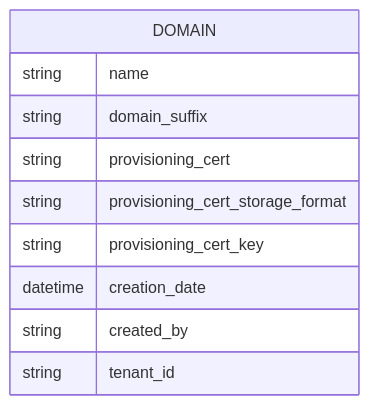
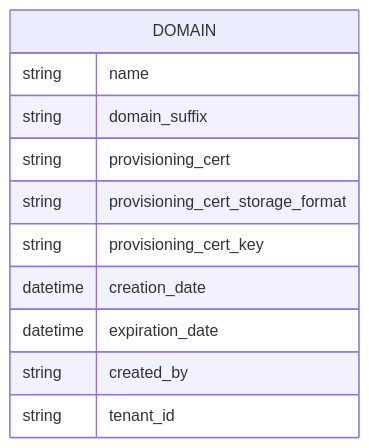
The second of 3 diagrams in docs/Deployment/Database/schema.md (open-amt-cloud-toolkit/docs), drawn with Mermaid before and after one commit. The commit also changed 1 other file, not shown here.

Commit message:
docs(reference): prov cert expiry db changes (#348)
* docs(reference): prov cert expiry db changes

* fix: add semicolons

---------

````diff
--- a/docs/Deployment/Database/schema.md
+++ b/docs/Deployment/Database/schema.md
@@ -22,13 +22,14 @@
   ```mermaid
   erDiagram
       DOMAIN {
           string name
           string domain_suffix
           string provisioning_cert
           string provisioning_cert_storage_format
           string provisioning_cert_key
           datetime creation_date
+          datetime expiration_date
           string created_by
           string tenant_id
       }
   ```
````
